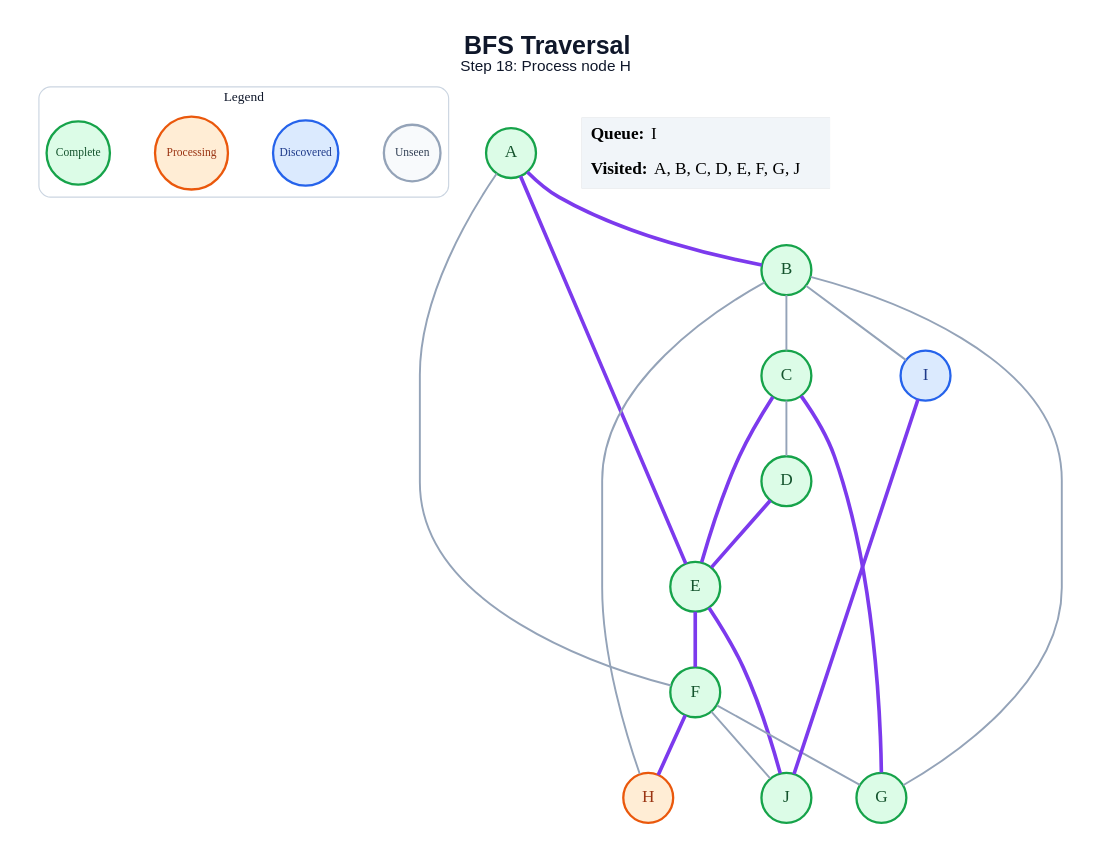
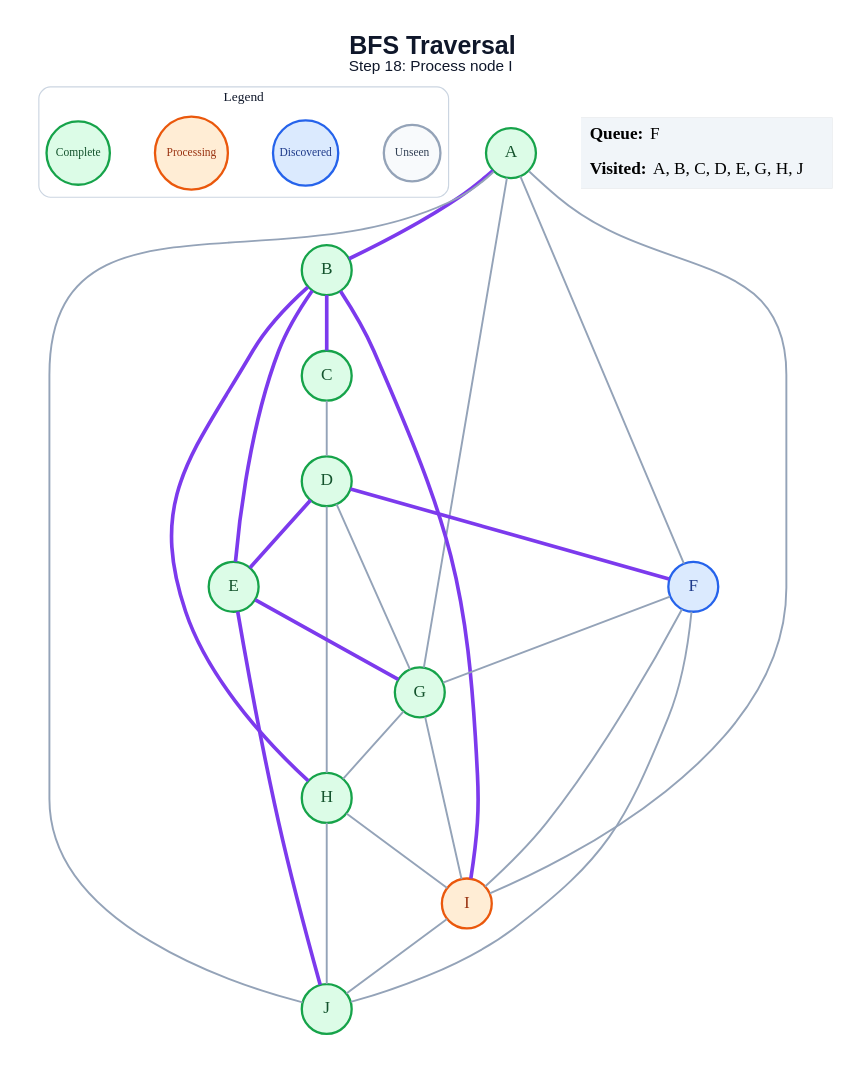
The diagram in generated/specific-node/bfs/step_18.dot (amanghodawala9/ai-slop), drawn with Graphviz before and after one commit. The commit also changed 178 other files, not shown here.

```diff
--- a/generated/specific-node/bfs/step_18.dot
+++ b/generated/specific-node/bfs/step_18.dot
@@ -1,46 +1,53 @@
 graph traversal {
   graph [layout=dot, rankdir=TB, bgcolor="#FFFFFF", pad="0.35", nodesep="0.65", ranksep="0.8", fontname="Arial"];
   node [shape=circle, style="filled", fontname="Arial Bold", fontsize=18, width=0.72, fixedsize=true, penwidth=2.4];
   edge [color="#94A3B8", penwidth=2.0];
-  label=<<B>BFS Traversal</B><BR/><FONT POINT-SIZE="16">Step 18: Process node H</FONT>>; labelloc="t"; fontsize=26; fontname="Arial"; fontcolor="#0F172A";
+  label=<<B>BFS Traversal</B><BR/><FONT POINT-SIZE="16">Step 18: Process node I</FONT>>; labelloc="t"; fontsize=26; fontname="Arial"; fontcolor="#0F172A";
   subgraph cluster_legend { label="Legend"; color="#CBD5E1"; penwidth=1.2; style="rounded"; fontsize=14; fontname="Arial Bold";
     key_unseen [label="Unseen", fillcolor="#F8FAFC", color="#94A3B8", fontcolor="#334155", fontsize=12, width=0.82];
     key_frontier [label="Discovered", fillcolor="#DBEAFE", color="#2563EB", fontcolor="#1E3A8A", fontsize=12, width=0.95];
     key_current [label="Processing", fillcolor="#FFEDD5", color="#EA580C", fontcolor="#9A3412", fontsize=12, width=1.05];
     key_done [label="Complete", fillcolor="#DCFCE7", color="#16A34A", fontcolor="#14532D", fontsize=12, width=0.92];
     { rank=same; key_unseen; key_frontier; key_current; key_done; }
   }
   A [fillcolor="#DCFCE7", color="#16A34A", fontcolor="#14532D"];
   B [fillcolor="#DCFCE7", color="#16A34A", fontcolor="#14532D"];
   C [fillcolor="#DCFCE7", color="#16A34A", fontcolor="#14532D"];
   D [fillcolor="#DCFCE7", color="#16A34A", fontcolor="#14532D"];
   E [fillcolor="#DCFCE7", color="#16A34A", fontcolor="#14532D"];
-  F [fillcolor="#DCFCE7", color="#16A34A", fontcolor="#14532D"];
+  F [fillcolor="#DBEAFE", color="#2563EB", fontcolor="#1E3A8A"];
   G [fillcolor="#DCFCE7", color="#16A34A", fontcolor="#14532D"];
-  H [fillcolor="#FFEDD5", color="#EA580C", fontcolor="#9A3412"];
-  I [fillcolor="#DBEAFE", color="#2563EB", fontcolor="#1E3A8A"];
+  H [fillcolor="#DCFCE7", color="#16A34A", fontcolor="#14532D"];
+  I [fillcolor="#FFEDD5", color="#EA580C", fontcolor="#9A3412"];
   J [fillcolor="#DCFCE7", color="#16A34A", fontcolor="#14532D"];
   A -- B [color="#7C3AED", penwidth=3.8];
-  A -- E [color="#7C3AED", penwidth=3.8];
   A -- F;
-  B -- C;
-  B -- G;
-  B -- H;
-  B -- I;
+  A -- G;
+  A -- I;
+  A -- J;
+  B -- C [color="#7C3AED", penwidth=3.8];
+  B -- E [color="#7C3AED", penwidth=3.8];
+  B -- H [color="#7C3AED", penwidth=3.8];
+  B -- I [color="#7C3AED", penwidth=3.8];
   C -- D;
-  C -- E [color="#7C3AED", penwidth=3.8];
-  C -- G [color="#7C3AED", penwidth=3.8];
   D -- E [color="#7C3AED", penwidth=3.8];
-  E -- F [color="#7C3AED", penwidth=3.8];
+  D -- F [color="#7C3AED", penwidth=3.8];
+  D -- G;
+  D -- H;
+  E -- G [color="#7C3AED", penwidth=3.8];
   E -- J [color="#7C3AED", penwidth=3.8];
   F -- G;
-  F -- H [color="#7C3AED", penwidth=3.8];
+  F -- I;
   F -- J;
-  I -- J [color="#7C3AED", penwidth=3.8];
+  G -- H;
+  G -- I;
+  H -- I;
+  H -- J;
+  I -- J;
   status [shape=plain, fixedsize=false, width=0, height=0, margin=0, label=<
     <TABLE BORDER="0" CELLBORDER="0" CELLPADDING="7" BGCOLOR="#F1F5F9">
-      <TR><TD ALIGN="LEFT"><B>Queue:</B> I</TD></TR>
-      <TR><TD ALIGN="LEFT"><B>Visited:</B> A, B, C, D, E, F, G, J</TD></TR>
+      <TR><TD ALIGN="LEFT"><B>Queue:</B> F</TD></TR>
+      <TR><TD ALIGN="LEFT"><B>Visited:</B> A, B, C, D, E, G, H, J</TD></TR>
     </TABLE>
   >];
 }
```
